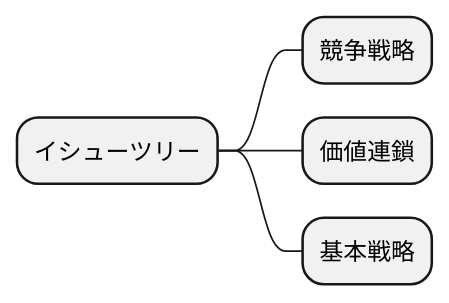
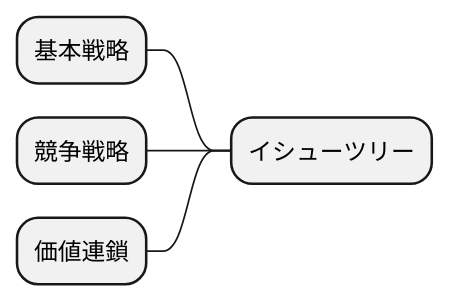
Before and after one commit to k2works/case-sutudy-business-analysis: diagram 11 of 16 in docs/case/r0X_case_X.adoc, drawn with PlantUML. The commit also changed other lines of this file and 2 other files, not shown here.

```diff
--- a/docs/case/r0X_case_X.adoc
+++ b/docs/case/r0X_case_X.adoc
@@ -214,11 +216,12 @@
 [plantuml]
 ----
 @startmindmap
 
 * イシューツリー
+left side
+** 基本戦略
 ** 競争戦略
 ** 価値連鎖
-** 基本戦略
 
 @endmindmap
 ----
```
